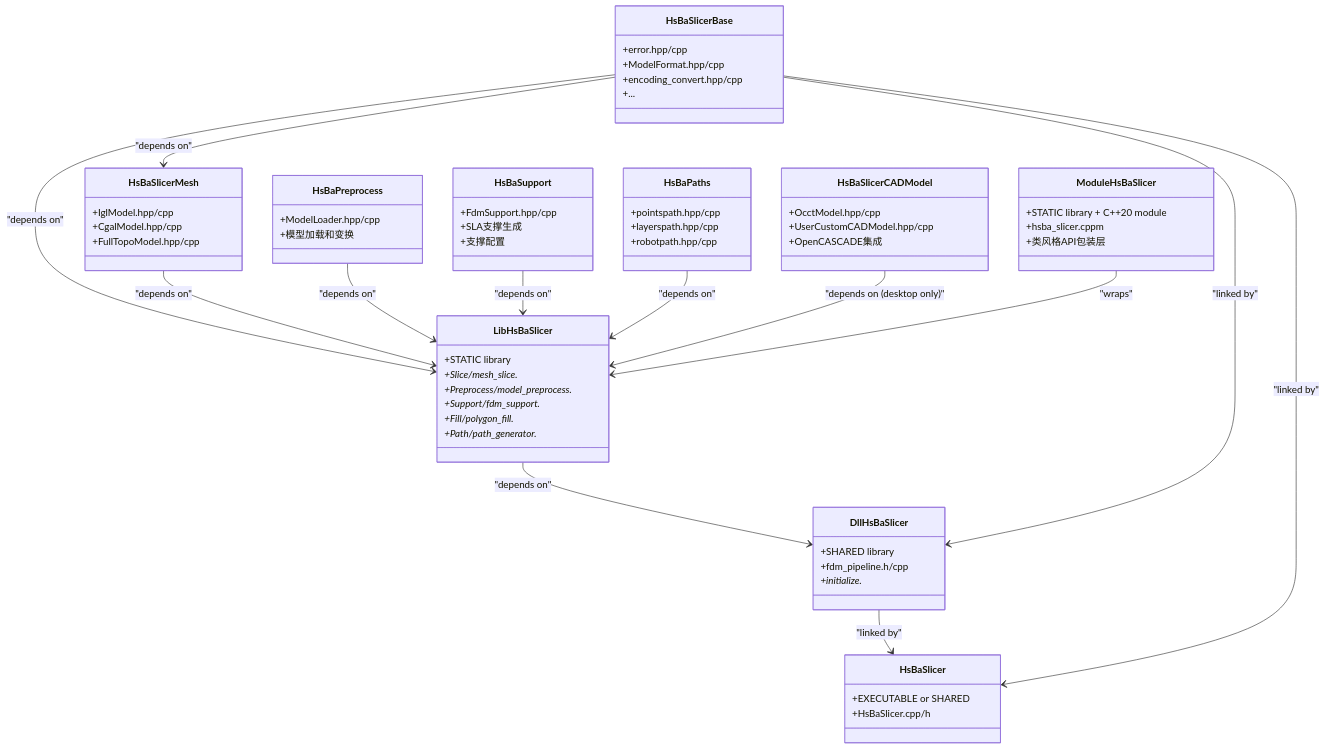
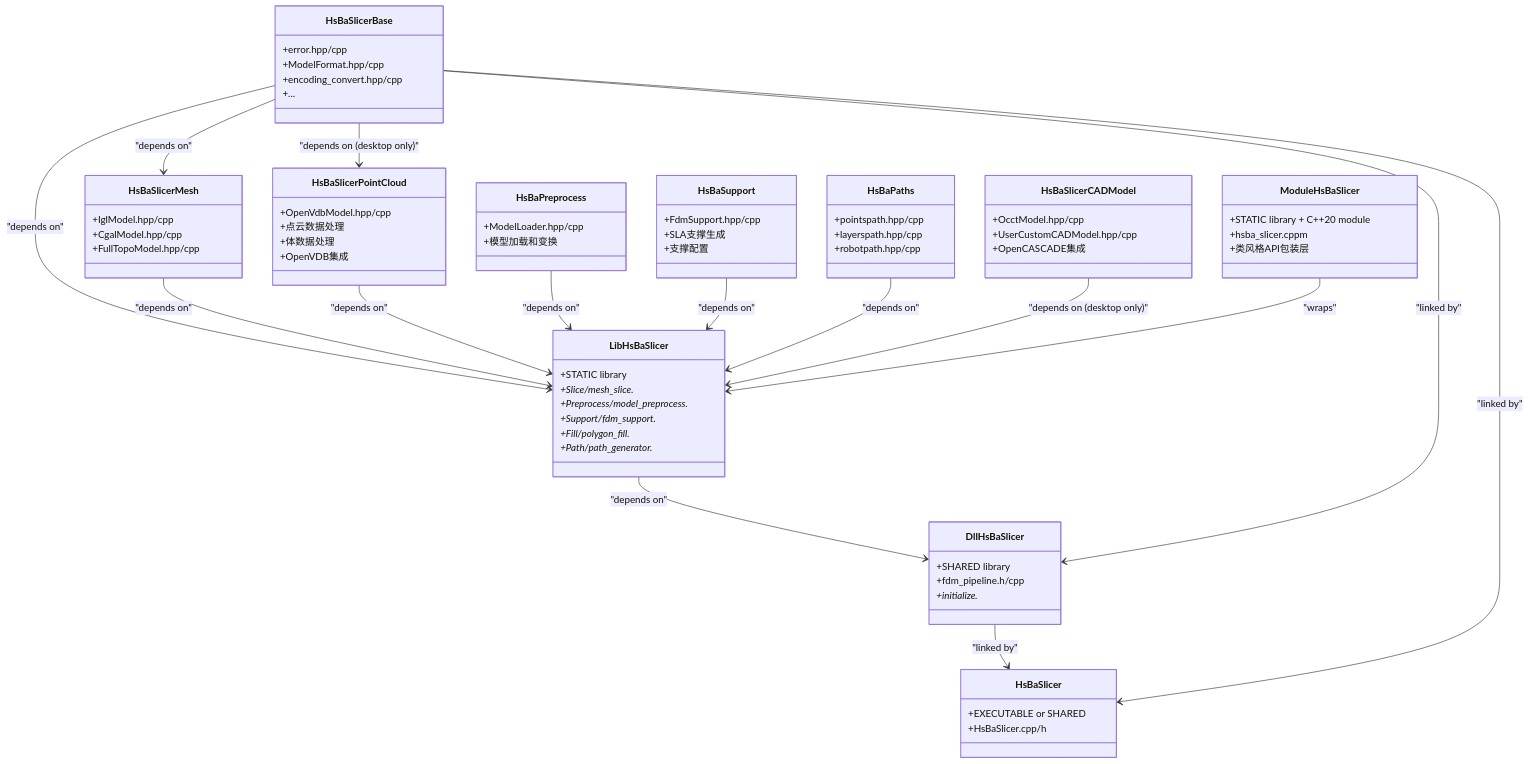
Before and after one commit to hsmbanlance/HsBaSlicer: the second of 3 diagrams in .qoder/repowiki/zh/content/构建与部署/构建与部署.md, drawn with Mermaid. The commit also changed other lines of this file and 31 other files, not shown here.

First line of the commit message:
docs(architecture): 更新文档以包含事件处理系统和动态库测试

````diff
--- a/.qoder/repowiki/zh/content/构建与部署/构建与部署.md
+++ b/.qoder/repowiki/zh/content/构建与部署/构建与部署.md
@@ -220,67 +252,75 @@
 ```mermaid
 classDiagram
 class HsBaSlicerBase {
 +error.hpp/cpp
 +ModelFormat.hpp/cpp
 +encoding_convert.hpp/cpp
 +...
 }
 class HsBaSlicerMesh {
 +IglModel.hpp/cpp
 +CgalModel.hpp/cpp
 +FullTopoModel.hpp/cpp
+}
+class HsBaSlicerPointCloud {
++OpenVdbModel.hpp/cpp
++点云数据处理
++体数据处理
++OpenVDB集成
 }
 class HsBaPreprocess {
 +ModelLoader.hpp/cpp
 +模型加载和变换
 }
 class HsBaSupport {
 +FdmSupport.hpp/cpp
 +SLA支撑生成
 +支撑配置
 }
 class HsBaPaths {
 +pointspath.hpp/cpp
 +layerspath.hpp/cpp
 +robotpath.hpp/cpp
 }
 class HsBaSlicerCADModel {
 +OcctModel.hpp/cpp
 +UserCustomCADModel.hpp/cpp
 +OpenCASCADE集成
 }
 class LibHsBaSlicer {
 +STATIC library
 +Slice/mesh_slice.*
 +Preprocess/model_preprocess.*
 +Support/fdm_support.*
 +Fill/polygon_fill.*
 +Path/path_generator.*
 }
 class ModuleHsBaSlicer {
 +STATIC library + C++20 module
 +hsba_slicer.cppm
 +类风格API包装层
 }
 class DllHsBaSlicer {
 +SHARED library
 +fdm_pipeline.h/cpp
 +initialize.*
 }
 class HsBaSlicer {
 +EXECUTABLE or SHARED
 +HsBaSlicer.cpp/h
 }
 HsBaSlicerBase --> HsBaSlicerMesh : "depends on"
+HsBaSlicerBase --> HsBaSlicerPointCloud : "depends on (desktop only)"
 HsBaSlicerBase --> LibHsBaSlicer : "depends on"
 HsBaSlicerMesh --> LibHsBaSlicer : "depends on"
+HsBaSlicerPointCloud --> LibHsBaSlicer : "depends on"
 HsBaPreprocess --> LibHsBaSlicer : "depends on"
 HsBaSupport --> LibHsBaSlicer : "depends on"
 HsBaPaths --> LibHsBaSlicer : "depends on"
 HsBaSlicerCADModel --> LibHsBaSlicer : "depends on (desktop only)"
 LibHsBaSlicer --> DllHsBaSlicer : "depends on"
 ModuleHsBaSlicer --> LibHsBaSlicer : "wraps"
 DllHsBaSlicer --> HsBaSlicer : "linked by"
 HsBaSlicerBase --> DllHsBaSlicer : "linked by"
 HsBaSlicerBase --> HsBaSlicer : "linked by"
 ```
````
